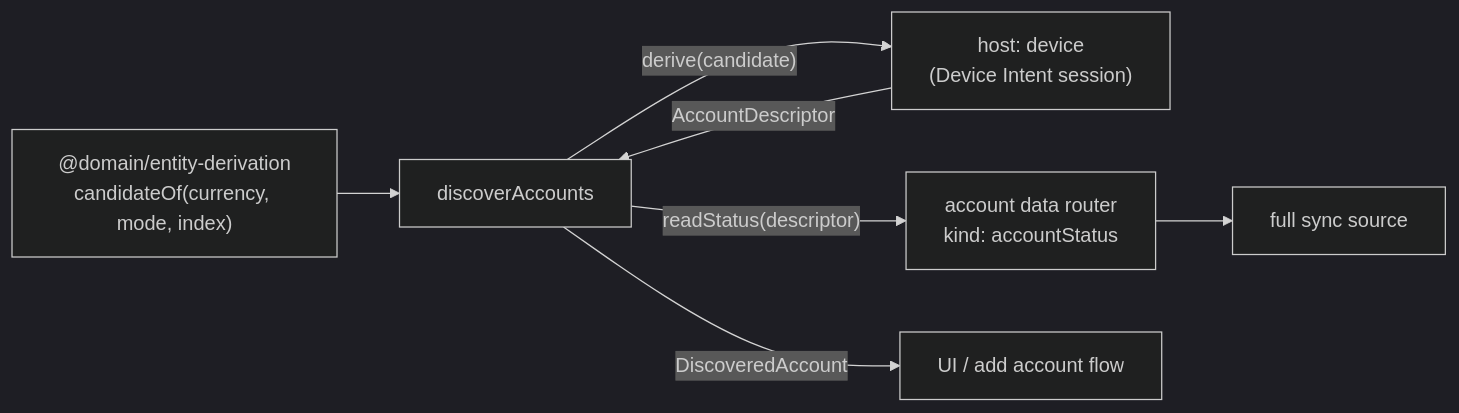
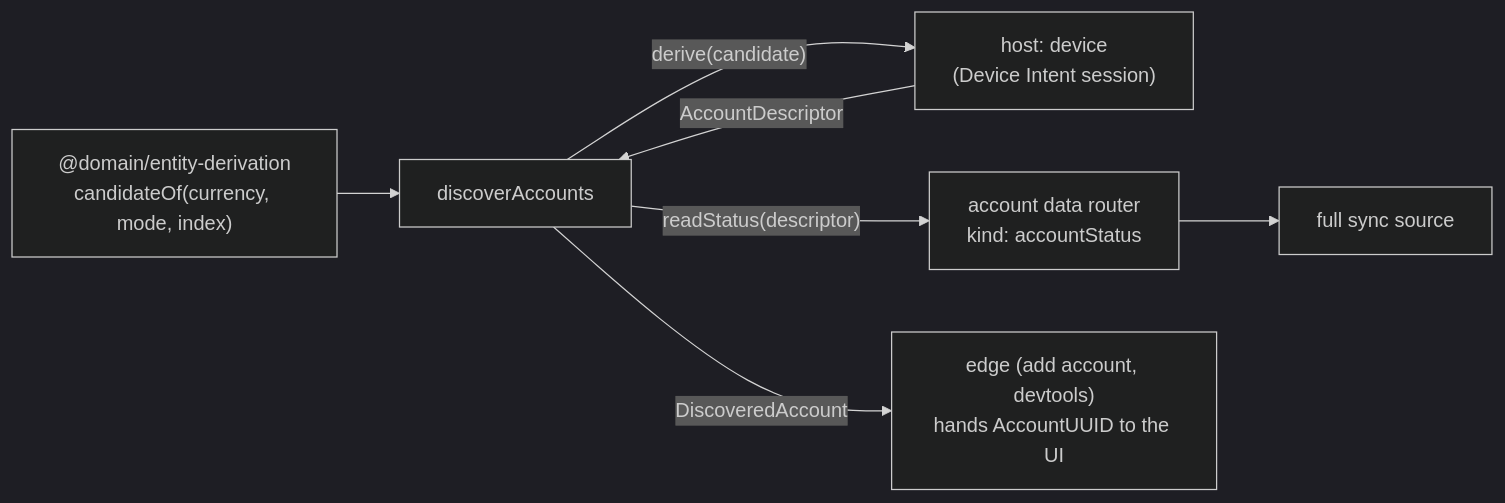
One commit to LedgerHQ/ledger-live changed the diagram in features/platform/account-discovery/README.md. Above: the diagram before and after it, drawn with Mermaid (dark theme). The commit also changed other lines of this file and 9 other files, not shown here.

````diff
--- a/features/platform/account-discovery/README.md
+++ b/features/platform/account-discovery/README.md
@@ -8,9 +8,9 @@
 ```mermaid
 flowchart LR
   D["@domain/entity-derivation<br/>candidateOf(currency, mode, index)"] --> S[discoverAccounts]
   S -- "derive(candidate)" --> H1["host: device<br/>(Device Intent session)"]
   H1 -- AccountDescriptor --> S
   S -- "readStatus(descriptor)" --> R["account data router<br/>kind: accountStatus"]
   R --> X1[full sync source]
-  S -- DiscoveredAccount --> U[UI / add account flow]
+  S -- DiscoveredAccount --> U["edge (add account, devtools)<br/>hands AccountUUID to the UI"]
 ```
````
